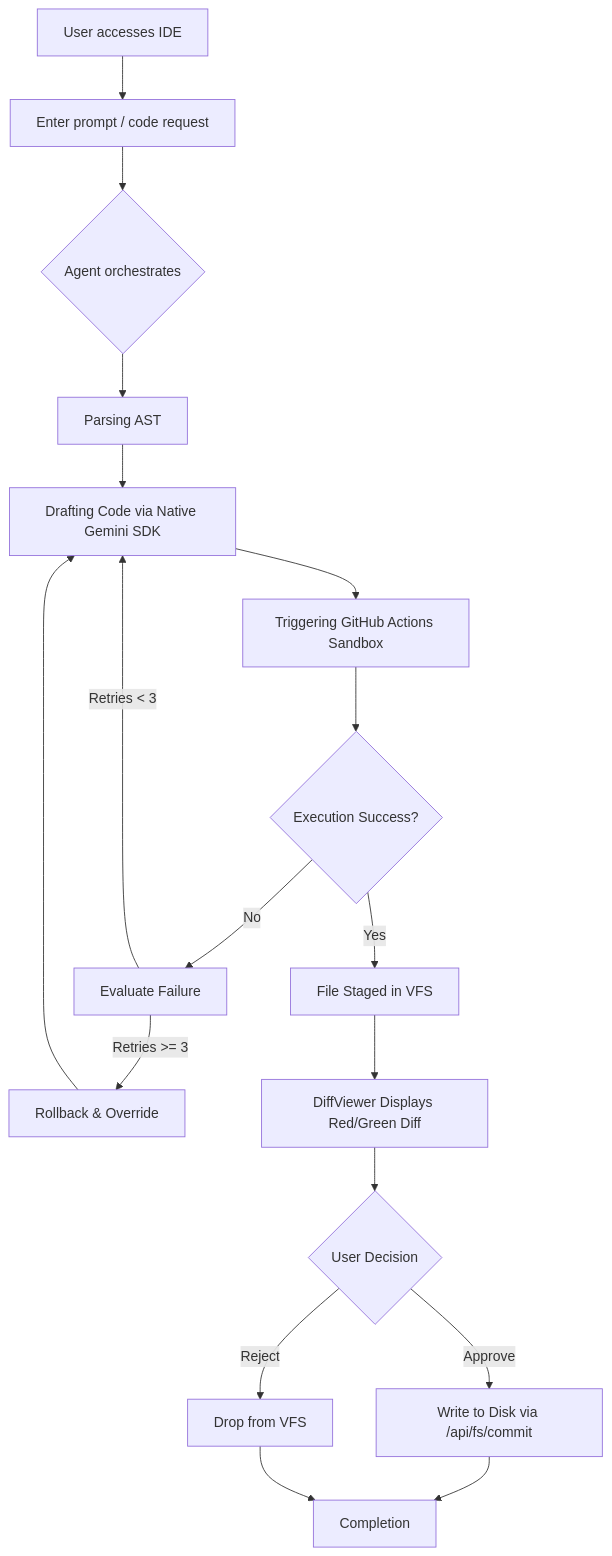
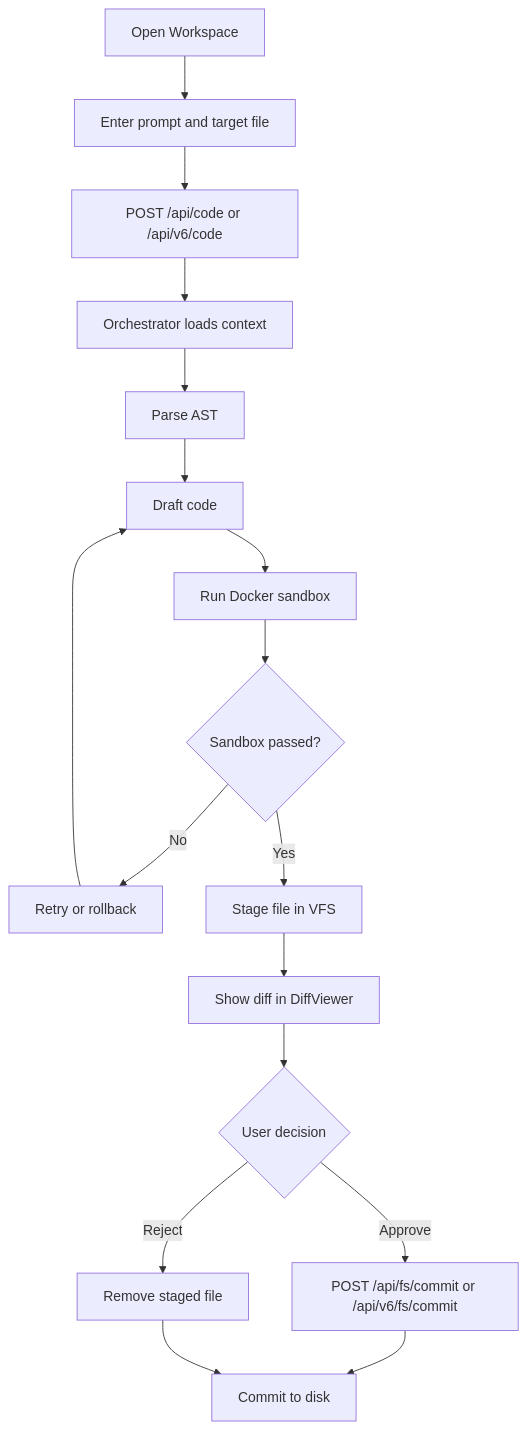
The diagram in docs/technical/user-flow.md (johan-droid/Vibe-Hub), drawn with Mermaid before and after one commit. The commit also changed other lines of this file and 73 other files, not shown here.

````diff
--- a/docs/technical/user-flow.md
+++ b/docs/technical/user-flow.md
@@ -3,20 +3,19 @@
 ```mermaid
 flowchart TD
-    A[User accesses IDE] --> B[Enter prompt / code request]
-    B --> C{Agent orchestrates}
-    C --> D[Parsing AST]
-    D --> E[Drafting Code via Native Gemini SDK]
-    E --> F[Triggering GitHub Actions Sandbox]
-    F --> G{Execution Success?}
-    G -- No --> H[Evaluate Failure]
-    H --> |Retries < 3| E
-    H --> |Retries >= 3| I[Rollback & Override]
-    I --> E
-    G -- Yes --> J[File Staged in VFS]
-    J --> K[DiffViewer Displays Red/Green Diff]
-    K --> L{User Decision}
-    L -- Reject --> M[Drop from VFS]
-    L -- Approve --> N[Write to Disk via /api/fs/commit]
-    N --> O[Completion]
+    A[Open Workspace] --> B[Enter prompt and target file]
+    B --> C[POST /api/code or /api/v6/code]
+    C --> D[Orchestrator loads context]
+    D --> E[Parse AST]
+    E --> F[Draft code]
+    F --> G[Run Docker sandbox]
+    G --> H{Sandbox passed?}
+    H -- No --> I[Retry or rollback]
+    I --> F
+    H -- Yes --> J[Stage file in VFS]
+    J --> K[Show diff in DiffViewer]
+    K --> L{User decision}
+    L -- Reject --> M[Remove staged file]
+    L -- Approve --> N[POST /api/fs/commit or /api/v6/fs/commit]
+    N --> O[Commit to disk]
     M --> O
 ```
````
